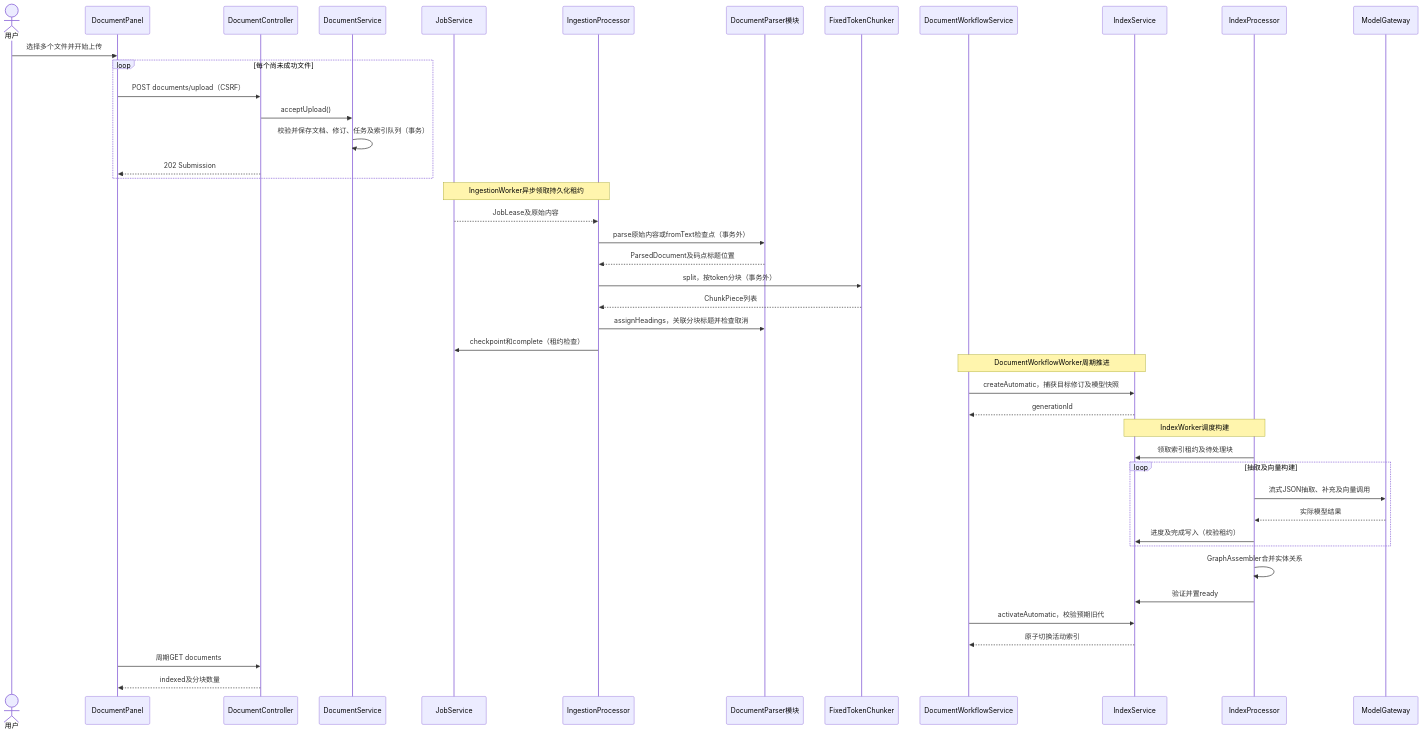
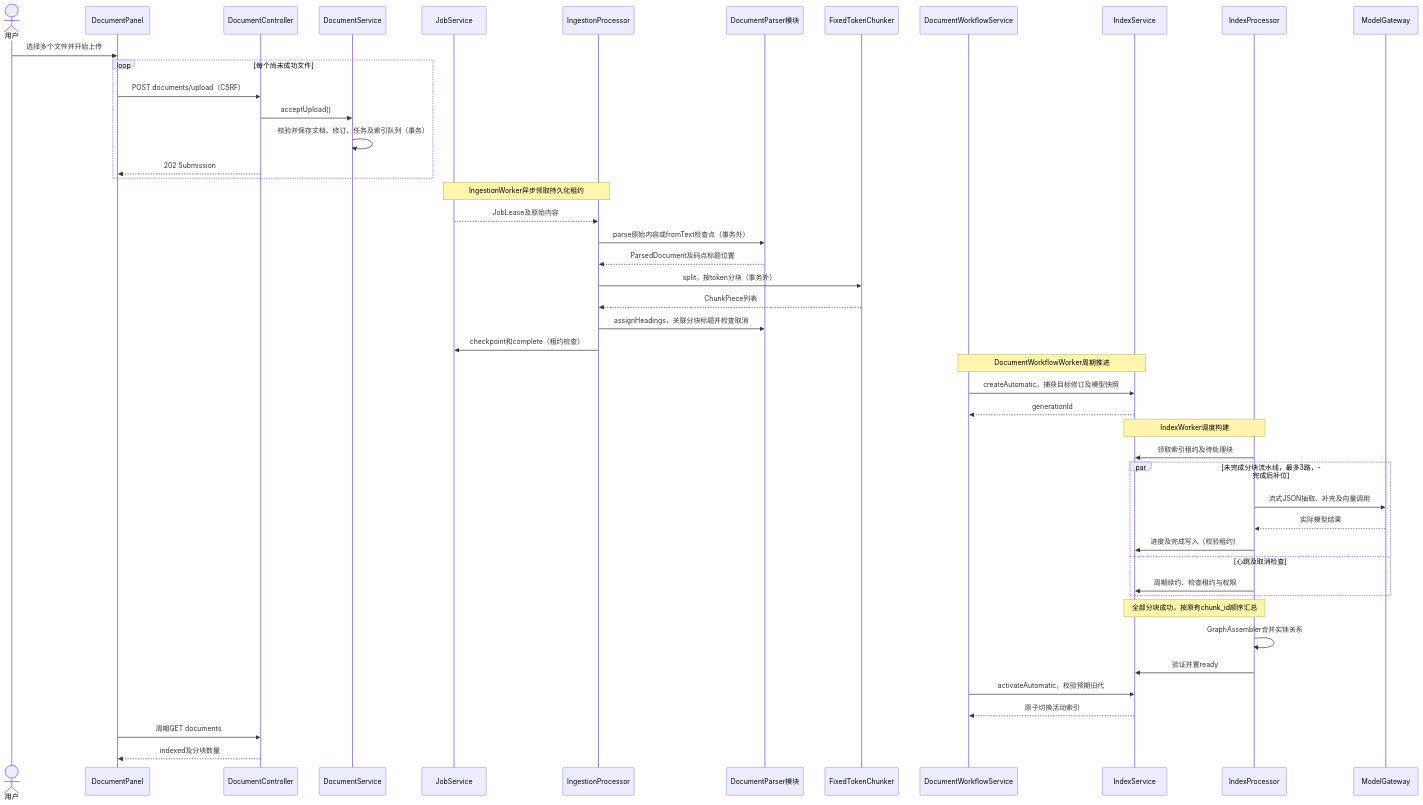
Before and after one commit to czhcc/TjLightRAG: the second of 2 diagrams in docs/文档管理实现.md, drawn with Mermaid. The commit also changed other lines of this file and 4 other files, not shown here.

````diff
--- a/docs/文档管理实现.md
+++ b/docs/文档管理实现.md
@@ -87,46 +92,49 @@
 ```mermaid
 sequenceDiagram
     actor U as 用户
     participant P as DocumentPanel
     participant C as DocumentController
     participant D as DocumentService
     participant J as JobService
     participant I as IngestionProcessor
     participant R as DocumentParser模块
     participant T as FixedTokenChunker
     participant W as DocumentWorkflowService
     participant S as IndexService
     participant X as IndexProcessor
     participant M as ModelGateway
     U->>P: 选择多个文件并开始上传
     loop 每个尚未成功文件
       P->>C: POST documents/upload（CSRF）
       C->>D: acceptUpload()
       D->>D: 校验并保存文档、修订、任务及索引队列（事务）
       C-->>P: 202 Submission
     end
     Note over J,I: IngestionWorker异步领取持久化租约
     J-->>I: JobLease及原始内容
     I->>R: parse原始内容或fromText检查点（事务外）
     R-->>I: ParsedDocument及码点标题位置
     I->>T: split，按token分块（事务外）
     T-->>I: ChunkPiece列表
     I->>R: assignHeadings，关联分块标题并检查取消
     I->>J: checkpoint和complete（租约检查）
     Note over W,S: DocumentWorkflowWorker周期推进
     W->>S: createAutomatic，捕获目标修订及模型快照
     S-->>W: generationId
     Note over S,X: IndexWorker调度构建
     X->>S: 领取索引租约及待处理块
-    loop 抽取及向量构建
+    par 未完成分块流水线，最多3路，完成后补位
       X->>M: 流式JSON抽取、补充及向量调用
       M-->>X: 实际模型结果
       X->>S: 进度及完成写入（校验租约）
+    and 心跳及取消检查
+      X->>S: 周期续约、检查租约与权限
     end
+    Note over S,X: 全部分块成功，按原有chunk_id顺序汇总
     X->>X: GraphAssembler合并实体关系
     X->>S: 验证并置ready
     W->>S: activateAutomatic，校验预期旧代
     S-->>W: 原子切换活动索引
     P->>C: 周期GET documents
     C-->>P: indexed及分块数量
 ```
````
